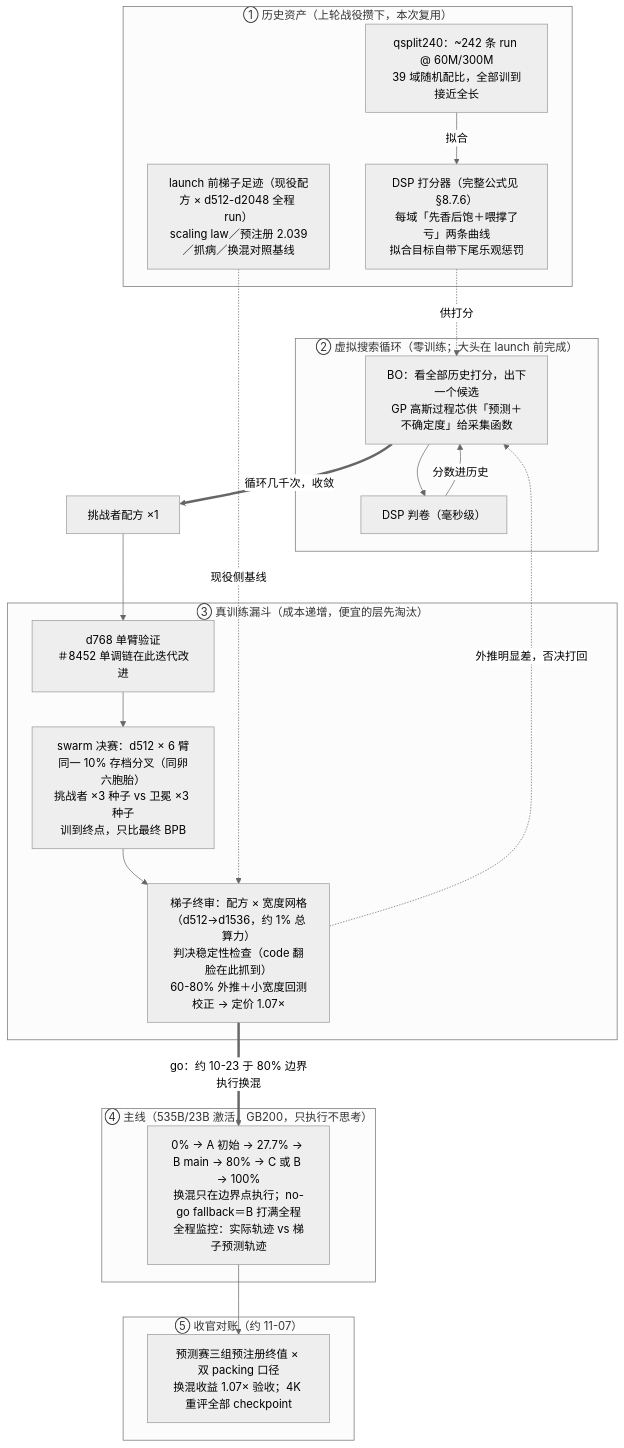
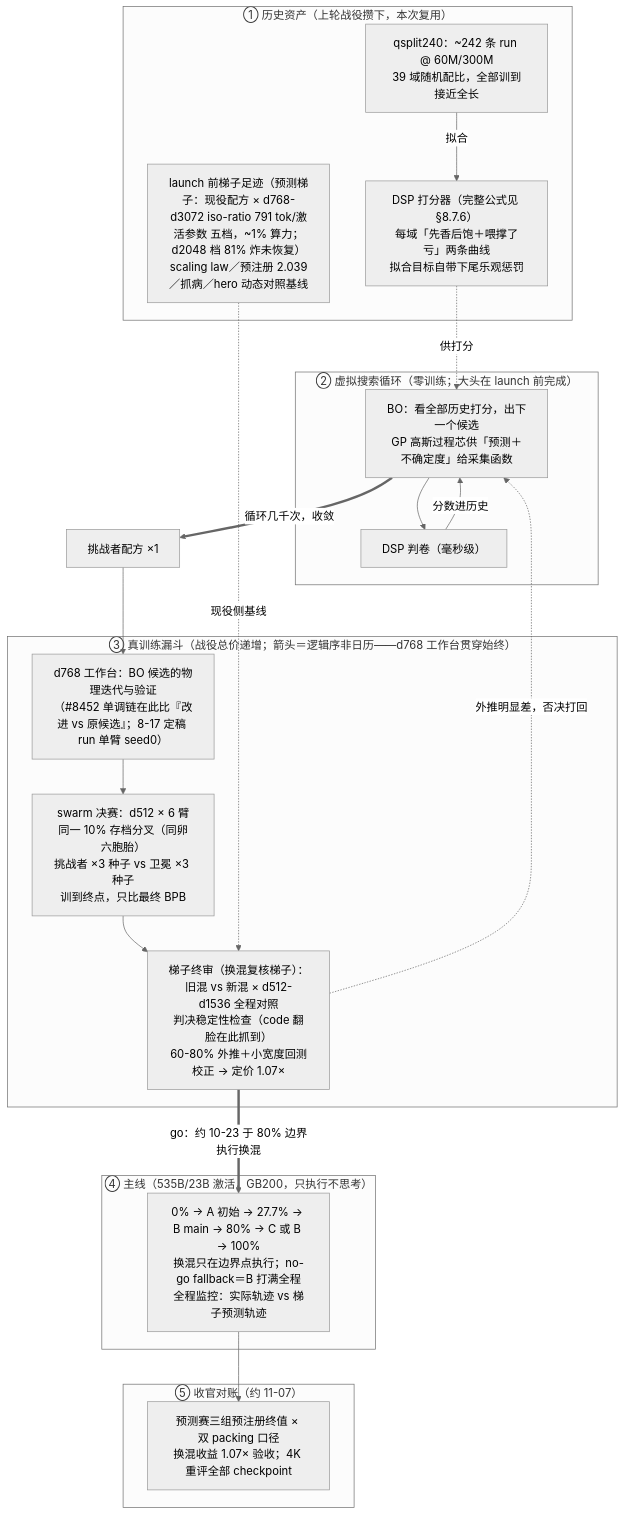
The diagram in docs/Marin535B_Harrier_深度分析.md (liujin99/data-mixture-insights), drawn with Mermaid (neutral theme) before and after one commit. The commit also changed other lines of this file and 1 other file, not shown here.

````diff
--- a/docs/Marin535B_Harrier_深度分析.md
+++ b/docs/Marin535B_Harrier_深度分析.md
@@ -231,43 +231,43 @@
 ```mermaid
 flowchart TB
     subgraph S1["① 历史资产（上轮战役攒下，本次复用）"]
         Q["qsplit240：~242 条 run @ 60M/300M<br>39 域随机配比，全部训到接近全长"]
         DSP["DSP 打分器（完整公式见 §8.7.6）<br>每域「先香后饱＋喂撑了亏」两条曲线<br>拟合目标自带下尾乐观惩罚"]
         Q -->|拟合| DSP
-        LAD0["launch 前梯子足迹（现役配方 × d512-d2048 全程 run）<br>scaling law／预注册 2.039／抓病／换混对照基线"]
+        LAD0["launch 前梯子足迹（预测梯子：现役配方 × d768-d3072 iso-ratio 791 tok/激活参数 五档，~1% 算力；d2048 档 81% 炸未恢复）<br>scaling law／预注册 2.039／抓病／hero 动态对照基线"]
     end
 
     subgraph S2["② 虚拟搜索循环（零训练；大头在 launch 前完成）"]
         BO["BO：看全部历史打分，出下一个候选<br>GP 高斯过程芯供「预测＋不确定度」给采集函数"]
         SC["DSP 判卷（毫秒级）"]
         BO --> SC
         SC -->|分数进历史| BO
     end
 
     DSP -. 供打分 .-> BO
     BO ==>|循环几千次，收敛| CH["挑战者配方 ×1"]
 
-    subgraph S3["③ 真训练漏斗（成本递增，便宜的层先淘汰）"]
-        D768["d768 单臂验证<br>＃8452 单调链在此迭代改进"]
+    subgraph S3["③ 真训练漏斗（战役总价递增；箭头＝逻辑序非日历——d768 工作台贯穿始终）"]
+        D768["d768 工作台：BO 候选的物理迭代与验证<br>（#8452 单调链在此比『改进 vs 原候选』；8-17 定稿 run 单臂 seed0）"]
         SW["swarm 决赛：d512 × 6 臂<br>同一 10% 存档分叉（同卵六胞胎）<br>挑战者 ×3 种子 vs 卫冕 ×3 种子<br>训到终点，只比最终 BPB"]
-        LAD["梯子终审：配方 × 宽度网格（d512→d1536，约 1% 总算力）<br>判决稳定性检查（code 翻脸在此抓到）<br>60-80% 外推＋小宽度回测校正 → 定价 1.07×"]
+        LAD["梯子终审（换混复核梯子）：旧混 vs 新混 × d512-d1536 全程对照<br>判决稳定性检查（code 翻脸在此抓到）<br>60-80% 外推＋小宽度回测校正 → 定价 1.07×"]
         D768 --> SW
         SW --> LAD
     end
 
     CH --> D768
     LAD0 -. 现役侧基线 .-> LAD
     LAD -. 外推明显差，否决打回 .-> BO
 
     subgraph S4["④ 主线（535B/23B 激活，GB200，只执行不思考）"]
         M["0% → A 初始 → 27.7% → B main → 80% → C 或 B → 100%<br>换混只在边界点执行；no-go fallback＝B 打满全程<br>全程监控：实际轨迹 vs 梯子预测轨迹"]
     end
 
     LAD ==>|go：约 10-23 于 80% 边界执行换混| M
 
     subgraph S5["⑤ 收官对账（约 11-07）"]
         F["预测赛三组预注册终值 × 双 packing 口径<br>换混收益 1.07× 验收；4K 重评全部 checkpoint"]
     end
 
     M --> F
 ```
````
